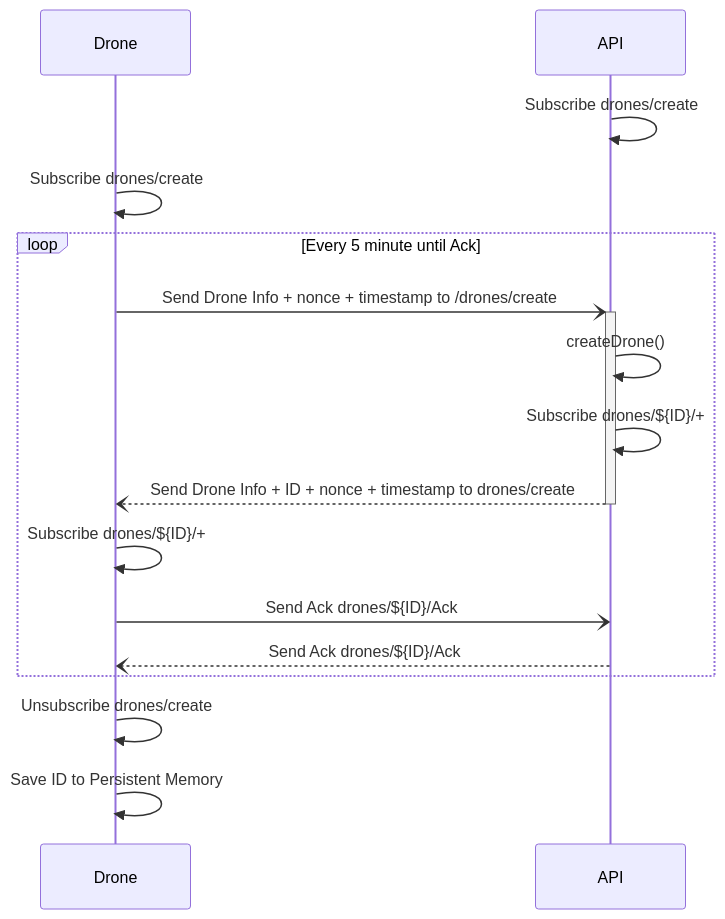
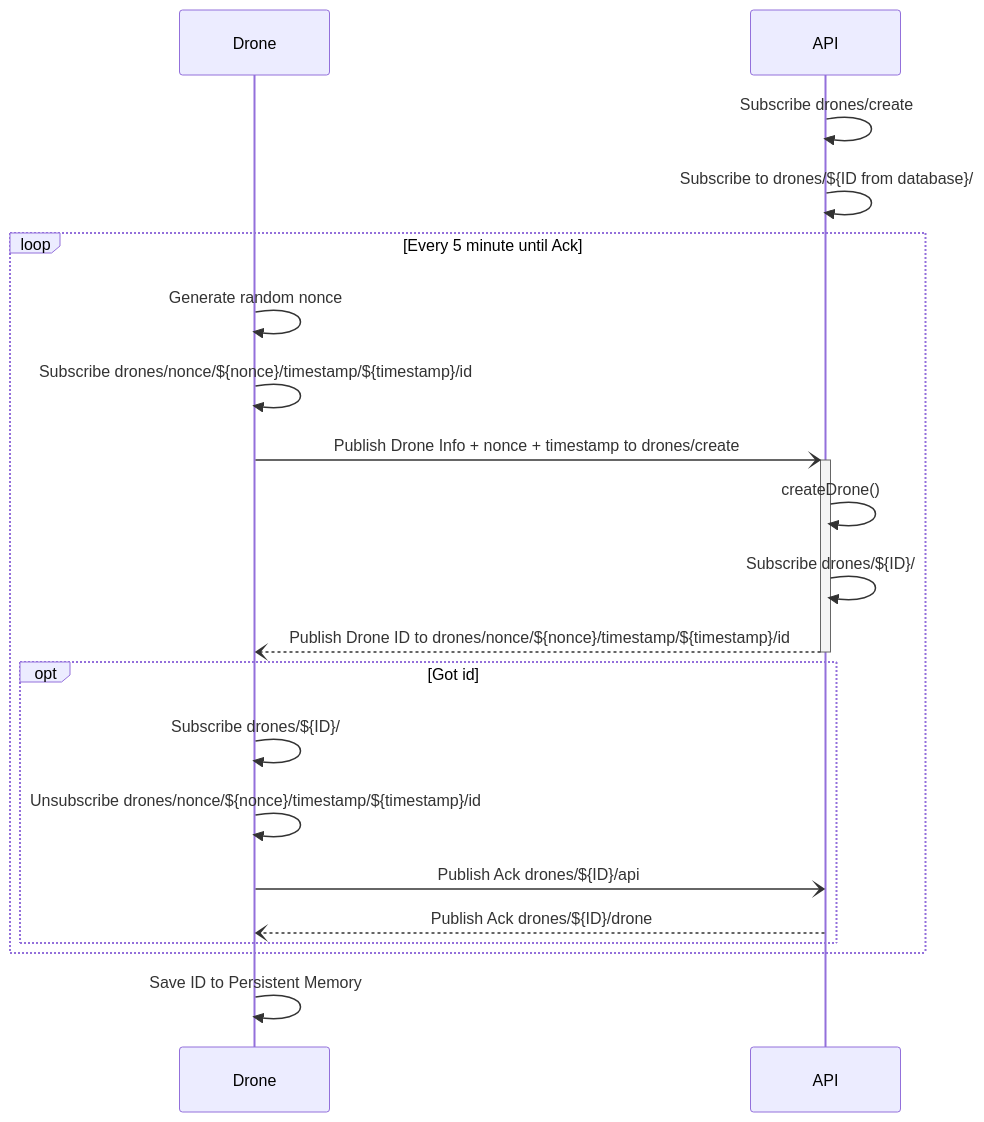
One commit to eliashetland/ttm4115 changed the diagram in sequence-diagrams-mermaid/drone-create.md. Above: the diagram before and after it, drawn with Mermaid. The commit also changed 7 other files, not shown here.

````diff
--- a/sequence-diagrams-mermaid/drone-create.md
+++ b/sequence-diagrams-mermaid/drone-create.md
@@ -3,28 +3,35 @@
 ```mermaid
 sequenceDiagram
     participant Drone
     participant API
 
     API->>API: Subscribe drones/create
-    Drone->>Drone: Subscribe drones/create
+
+    API->>API: Subscribe to drones/${ID from database}/#
 
     loop Every 5 minute until Ack
-        Drone-)+API: Send Drone Info + nonce + timestamp to /drones/create
+        Drone->>Drone: Generate random nonce
+
+        Drone->>Drone: Subscribe drones/nonce/${nonce}/timestamp/${timestamp}/id
+
+        Drone-)+API: Publish Drone Info + nonce + timestamp to drones/create
 
         API->>API: createDrone()
 
-        API->>API: Subscribe drones/${ID}/+
+        API->>API: Subscribe drones/${ID}/#
 
-        API--)-Drone: Send Drone Info + ID + nonce + timestamp to drones/create
+        API--)-Drone: Publish Drone ID to drones/nonce/${nonce}/timestamp/${timestamp}/id
 
-        Drone->>Drone: Subscribe drones/${ID}/+
+        opt Got id
+            Drone->>Drone: Subscribe drones/${ID}/#
 
-        Drone-)API: Send Ack drones/${ID}/Ack
+            Drone->>Drone: Unsubscribe drones/nonce/${nonce}/timestamp/${timestamp}/id
 
-        API--)Drone: Send Ack drones/${ID}/Ack
+            Drone-)API: Publish Ack drones/${ID}/api
+
+            API--)Drone: Publish Ack drones/${ID}/drone
+        end
     end
-
-    Drone->>Drone: Unsubscribe drones/create
 
     Drone->>Drone: Save ID to Persistent Memory
 ```
````
